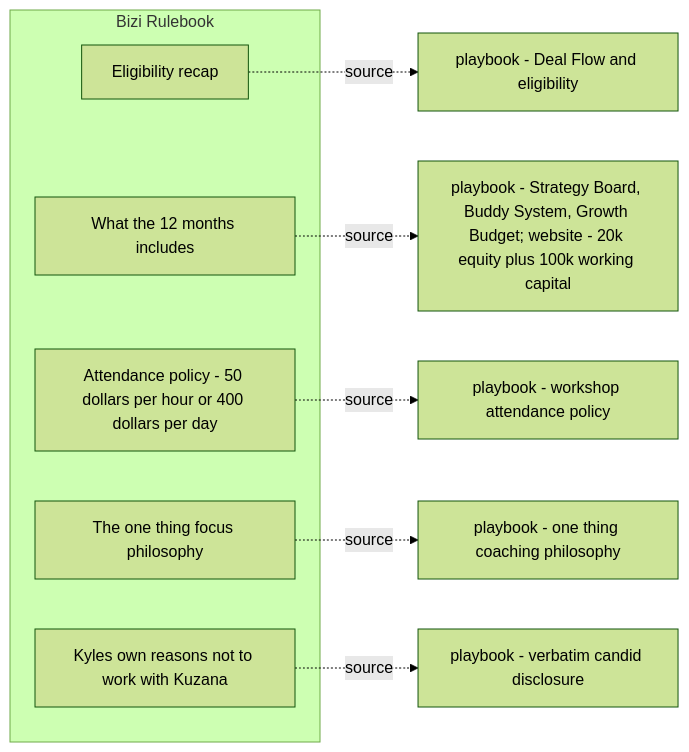
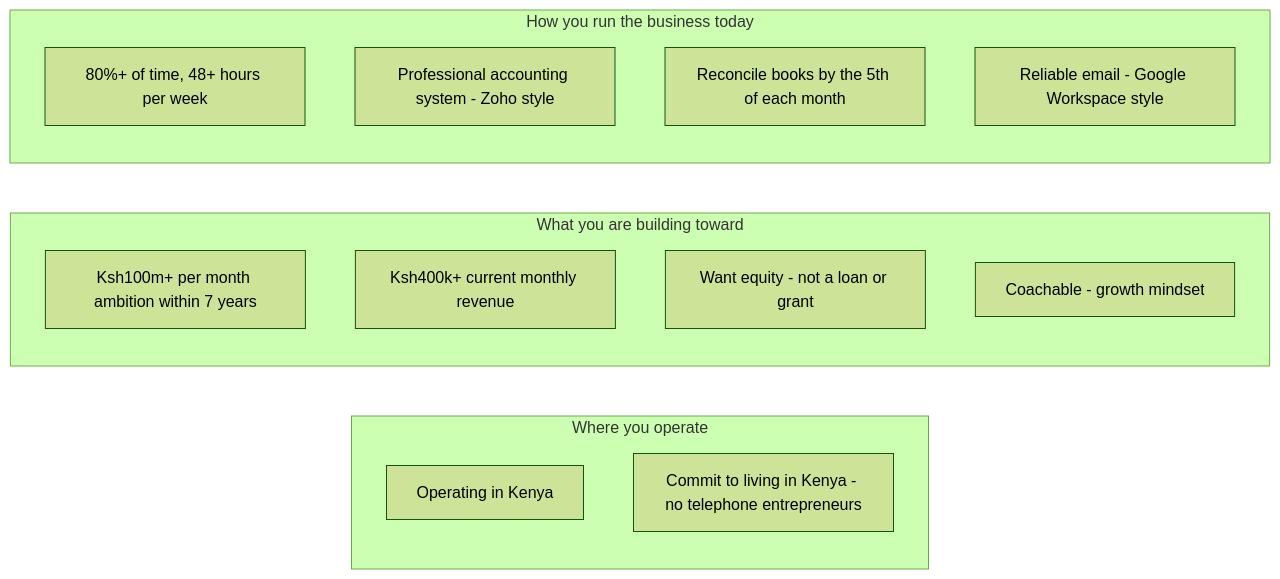
One commit to okumuraven/Boardy.ai changed the fourth of 8 diagrams in bizi_flow.md. Above: the diagram before and after it, drawn with Mermaid (forest theme). The commit also changed other lines of this file and 1 other file, not shown here.

````diff
--- a/bizi_flow.md
+++ b/bizi_flow.md
@@ -41,16 +107,19 @@
 ```mermaid
 flowchart LR
-    subgraph Rulebook[Bizi Rulebook]
-        R1[Eligibility recap]
-        R2[What the 12 months includes]
-        R3[Attendance policy - 50 dollars per hour or 400 dollars per day]
-        R4[The one thing focus philosophy]
-        R5[Kyles own reasons not to work with Kuzana]
+    subgraph Location[Where you operate]
+        E1[Operating in Kenya]
+        E2[Commit to living in Kenya - no telephone entrepreneurs]
     end
-
-    R1 -.->|source| P1[playbook - Deal Flow and eligibility]
-    R2 -.->|source| P2[playbook - Strategy Board, Buddy System, Growth Budget; website - 20k equity plus 100k working capital]
-    R3 -.->|source| P3[playbook - workshop attendance policy]
-    R4 -.->|source| P4[playbook - one thing coaching philosophy]
-    R5 -.->|source| P5[playbook - verbatim candid disclosure]
+    subgraph Ambition[What you are building toward]
+        E3[Ksh100m+ per month ambition within 7 years]
+        E4[Ksh400k+ current monthly revenue]
+        E5[Want equity - not a loan or grant]
+        E6[Coachable - growth mindset]
+    end
+    subgraph Operating[How you run the business today]
+        E7[80%+ of time, 48+ hours per week]
+        E8[Professional accounting system - Zoho style]
+        E9[Reconcile books by the 5th of each month]
+        E10[Reliable email - Google Workspace style]
+    end
 ```
````
